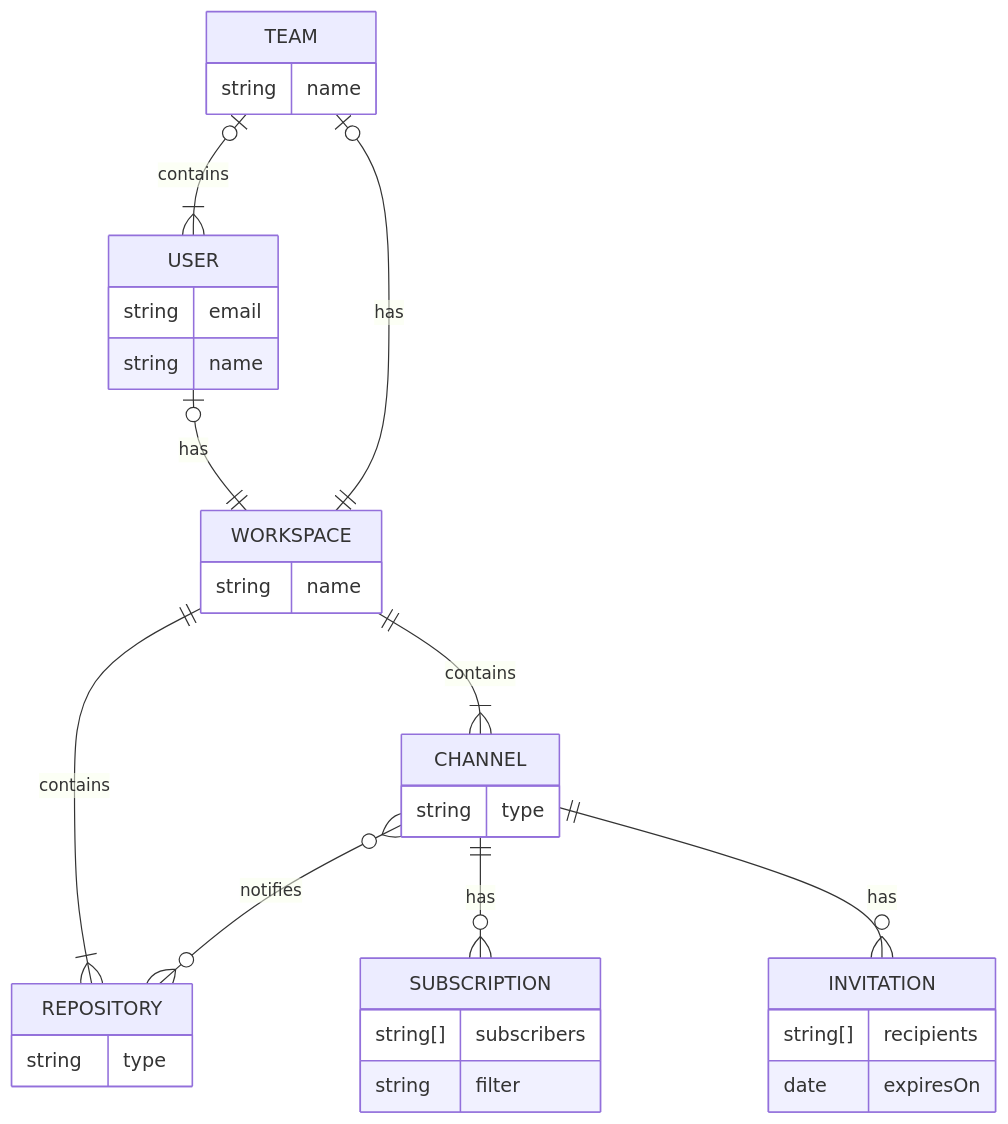
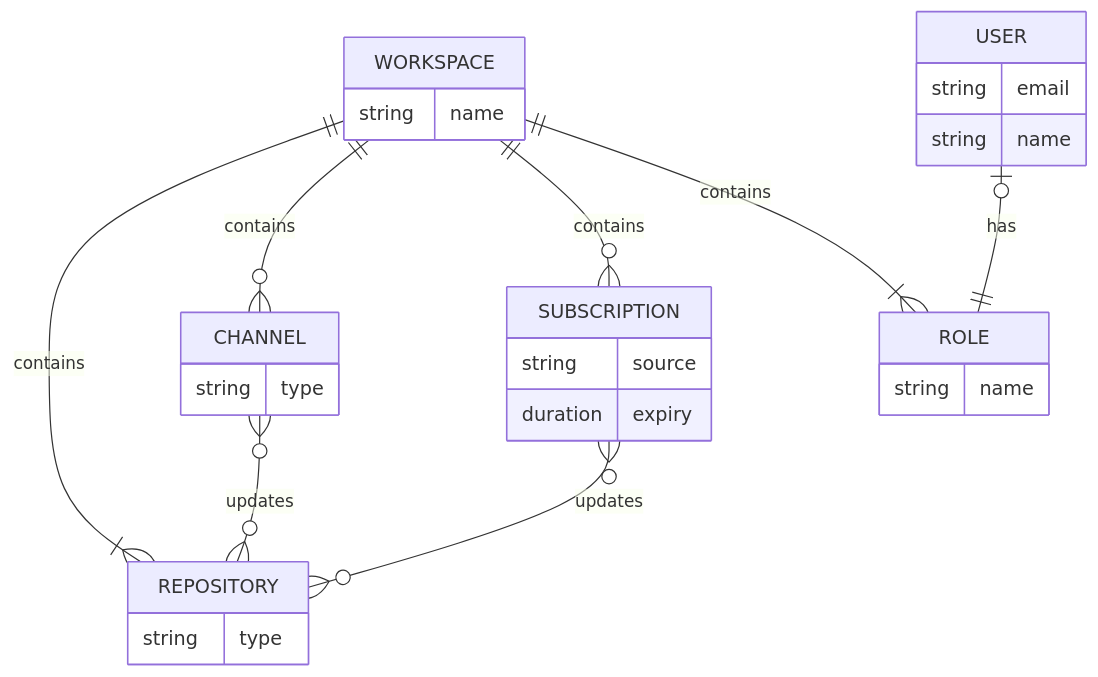
Before and after one commit to coucouland/coucou-user-guide: the diagram in docs/images/conceptual.mmd, drawn with Mermaid. The commit also changed 2 other files, not shown here.

```diff
--- a/docs/images/conceptual.mmd
+++ b/docs/images/conceptual.mmd
@@ -1,35 +1,28 @@
 erDiagram
     WORKSPACE 1 to 1+ REPOSITORY: contains
-    WORKSPACE 1 to 1+ CHANNEL: contains
+    WORKSPACE 1 to 0+ CHANNEL: contains
+    WORKSPACE 1 to 0+ SUBSCRIPTION: contains
+    WORKSPACE 1 to 1+ ROLE: contains
     WORKSPACE {
         string name
     }
     REPOSITORY {
         string type
     }
-    CHANNEL 0+ to 0+ REPOSITORY: notifies
-    CHANNEL 1 to 0+ SUBSCRIPTION: has
-    CHANNEL 1 to 0+ INVITATION: has
+    CHANNEL 0+ to 0+ REPOSITORY: updates
     CHANNEL {
         string type
     }
-    SUBSCRIPTION
+    SUBSCRIPTION 0+ to 0+ REPOSITORY: updates
     SUBSCRIPTION {
-        string[] subscribers
-        string filter
+        string source
+        duration expiry
     }
-    INVITATION
-    INVITATION {
-        string[] recipients
-        date expiresOn
-    }
-    USER one or zero to 1 WORKSPACE: has
+    USER one or zero to 1 ROLE: has
     USER {
         string email
         string name
     }
-    TEAM one or zero to 1 WORKSPACE: has
-    TEAM one or zero to 1+ USER: contains
-    TEAM {
+    ROLE {
         string name
     }
```
